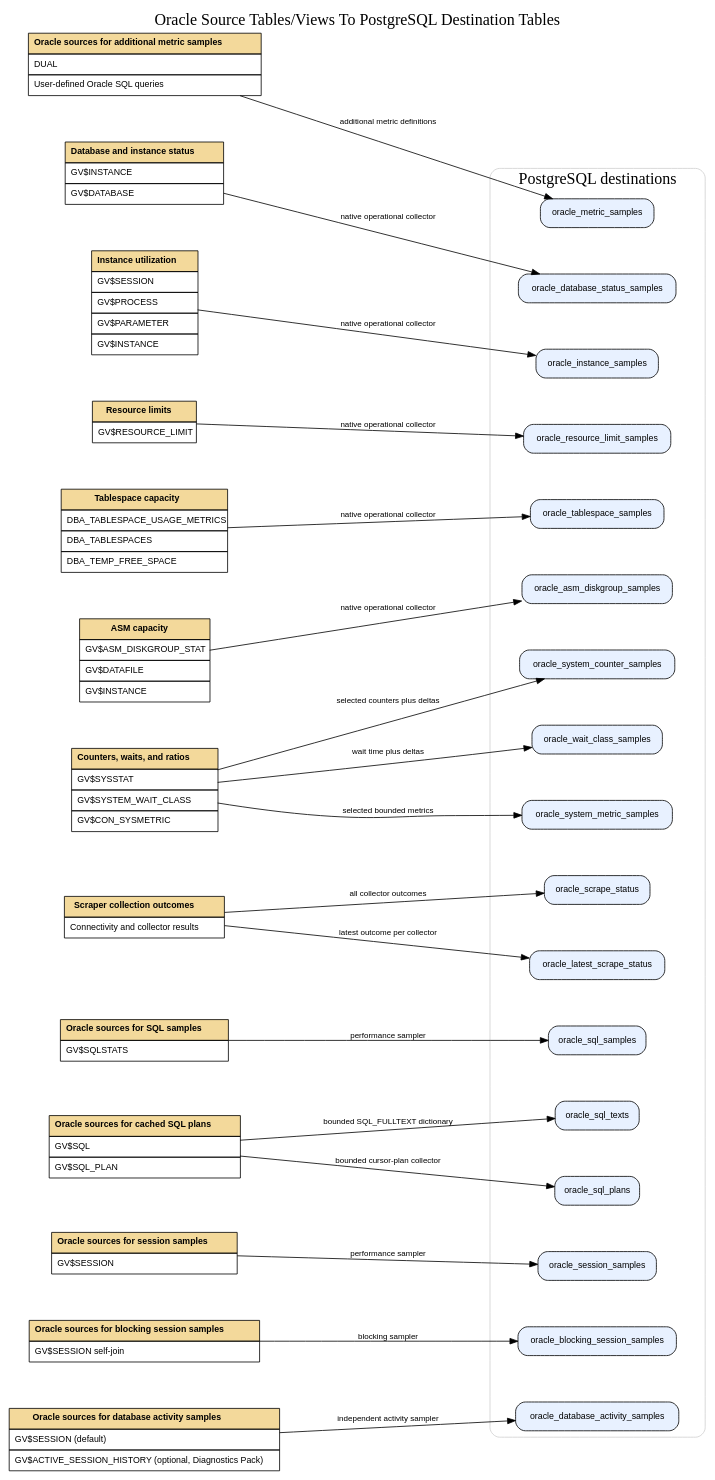
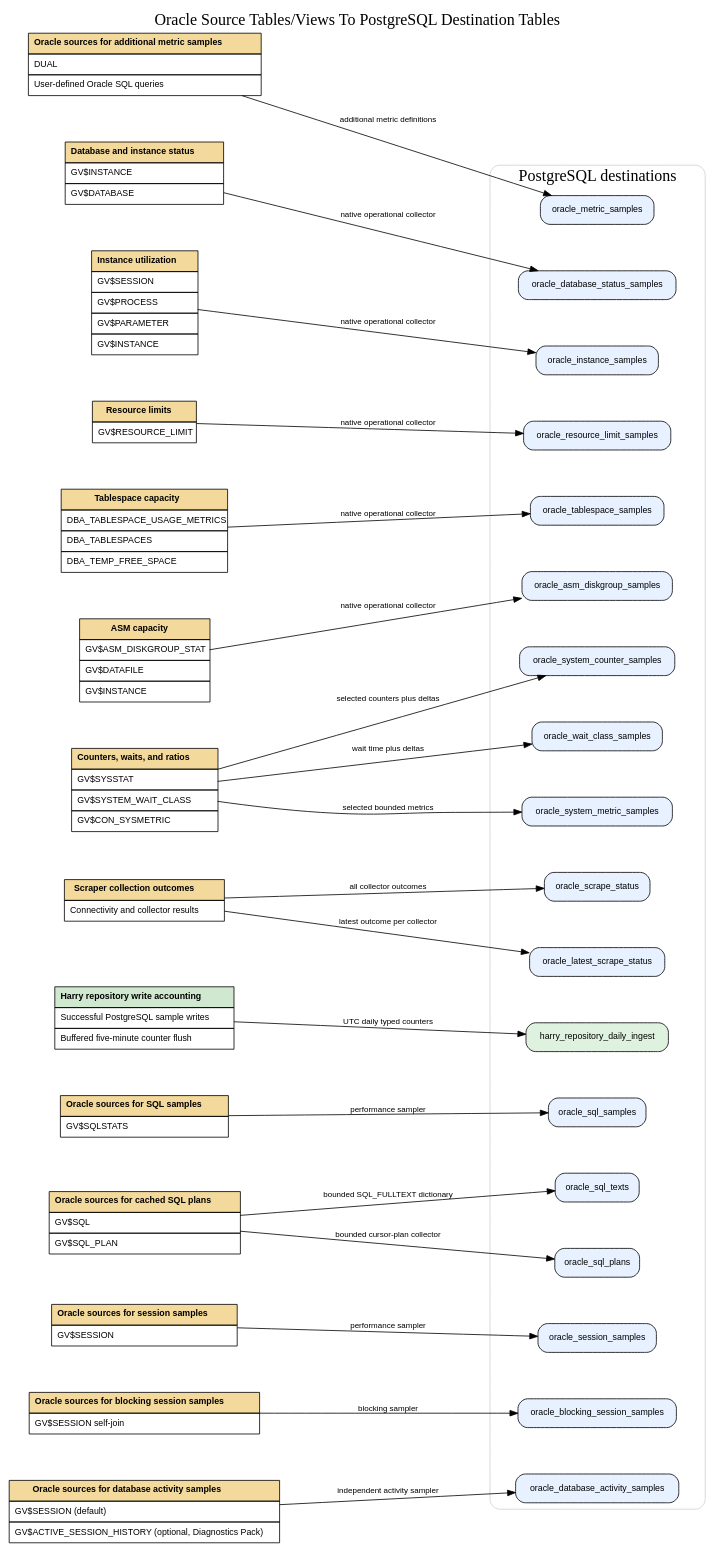
Before and after one commit to OneClickDBA/harry-performance-scraper: the diagram in doc/oracle_to_postgresql_tables.dot, drawn with Graphviz. The commit also changed 8 other files, not shown here.

Commit message:
New full Harry statistics backed in PostgreSQL

```diff
--- a/doc/oracle_to_postgresql_tables.dot
+++ b/doc/oracle_to_postgresql_tables.dot
@@ -106,6 +106,17 @@
       <TABLE BORDER="0" CELLBORDER="1" CELLSPACING="0" CELLPADDING="6">
         <TR><TD BGCOLOR="#f3d99b"><B>Scraper collection outcomes</B></TD></TR>
         <TR><TD ALIGN="LEFT">Connectivity and collector results</TD></TR>
+      </TABLE>
+    >
+  ];
+
+  scraper_ingest_accounting_sources [
+    shape=plain,
+    label=<
+      <TABLE BORDER="0" CELLBORDER="1" CELLSPACING="0" CELLPADDING="6">
+        <TR><TD BGCOLOR="#cfe8cf"><B>Harry repository write accounting</B></TD></TR>
+        <TR><TD ALIGN="LEFT">Successful PostgreSQL sample writes</TD></TR>
+        <TR><TD ALIGN="LEFT">Buffered five-minute counter flush</TD></TR>
       </TABLE>
     >
   ];
@@ -219,6 +230,7 @@
     pg_oracle_system_metric_samples [shape=box, style="rounded,filled", fillcolor="#e8f1ff", label="oracle_system_metric_samples"];
     pg_oracle_scrape_status [shape=box, style="rounded,filled", fillcolor="#e8f1ff", label="oracle_scrape_status"];
     pg_oracle_latest_scrape_status [shape=box, style="rounded,filled", fillcolor="#e8f1ff", label="oracle_latest_scrape_status"];
+    pg_harry_repository_daily_ingest [shape=box, style="rounded,filled", fillcolor="#dff2df", label="harry_repository_daily_ingest"];
   }
 
   oracle_metric_sources -> pg_oracle_metric_samples [label="additional metric definitions"];
@@ -238,4 +250,5 @@
   oracle_operational_counter_sources -> pg_oracle_system_metric_samples [label="selected bounded metrics"];
   scraper_status_sources -> pg_oracle_scrape_status [label="all collector outcomes"];
   scraper_status_sources -> pg_oracle_latest_scrape_status [label="latest outcome per collector"];
+  scraper_ingest_accounting_sources -> pg_harry_repository_daily_ingest [label="UTC daily typed counters"];
 }
```
